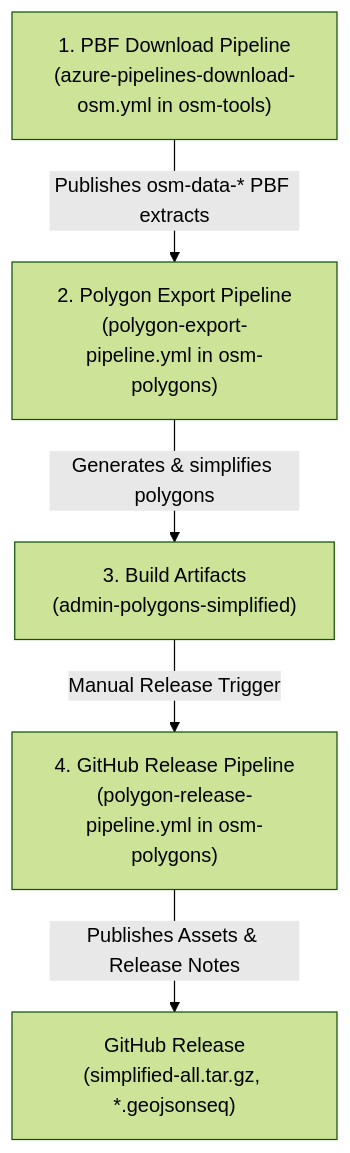
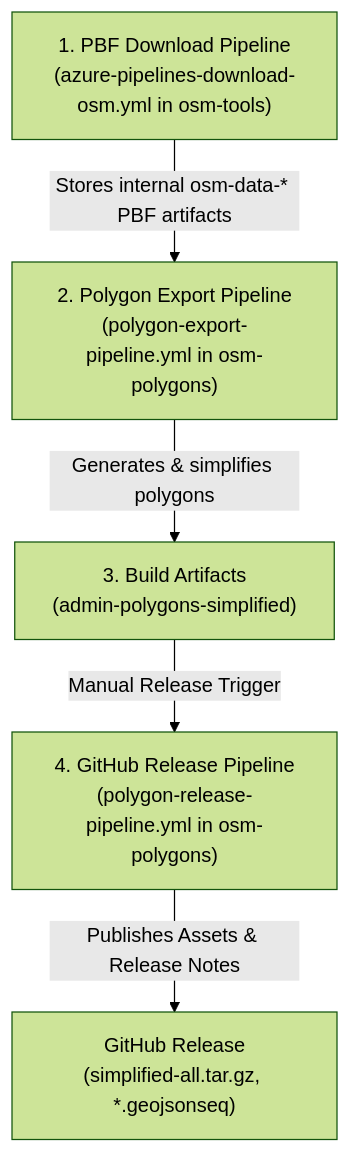
One commit to krizleebear/osm-polygons changed the diagram in README.md. Above: the diagram before and after it, drawn with Mermaid (forest theme). The commit also changed other lines of this file, not shown here.

Commit message:
docs: clarify internal pipeline artifact terminology in README.md

````diff
--- a/README.md
+++ b/README.md
@@ -41,7 +41,7 @@
 ```mermaid
 flowchart TD
-    A["1. PBF Download Pipeline<br/>(azure-pipelines-download-osm.yml in osm-tools)"] -->|Publishes osm-data-* PBF extracts| B["2. Polygon Export Pipeline<br/>(polygon-export-pipeline.yml in osm-polygons)"]
+    A["1. PBF Download Pipeline<br/>(azure-pipelines-download-osm.yml in osm-tools)"] -->|Stores internal osm-data-* PBF artifacts| B["2. Polygon Export Pipeline<br/>(polygon-export-pipeline.yml in osm-polygons)"]
     B -->|Generates & simplifies polygons| C["3. Build Artifacts<br/>(admin-polygons-simplified)"]
     C -->|Manual Release Trigger| D["4. GitHub Release Pipeline<br/>(polygon-release-pipeline.yml in osm-polygons)"]
     D -->|Publishes Assets & Release Notes| E["GitHub Release<br/>(simplified-all.tar.gz, *.geojsonseq)"]
 ```
````
